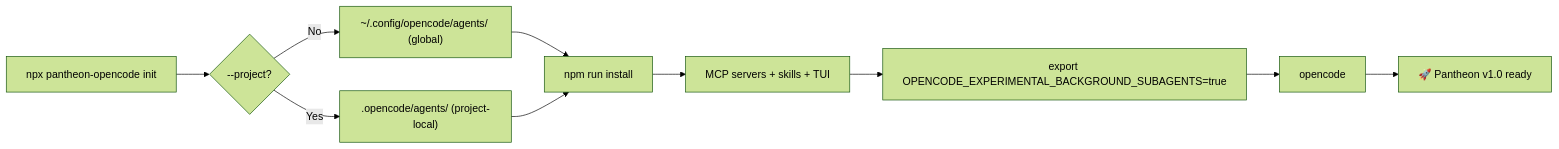
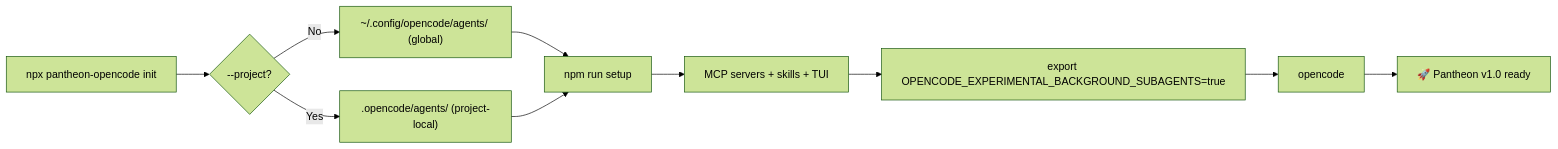
One commit to ils15/pantheon-opencode changed the first of 3 diagrams in docs/INSTALLATION.md. Above: the diagram before and after it, drawn with Mermaid (forest theme). The commit also changed other lines of this file and 8 other files, not shown here.

````diff
--- a/docs/INSTALLATION.md
+++ b/docs/INSTALLATION.md
@@ -164,12 +170,12 @@
 ```mermaid
 flowchart LR
     A["npx pantheon-opencode init"] --> B{"--project?"}
     B -->|No| C["~/.config/opencode/agents/ (global)"]
     B -->|Yes| D[".opencode/agents/ (project-local)"]
-    C --> E["npm run install"]
+    C --> E["npm run setup"]
     D --> E
     E --> F["MCP servers + skills + TUI"]
     F --> G["export OPENCODE_EXPERIMENTAL_BACKGROUND_SUBAGENTS=true"]
     G --> H["opencode"]
     H --> I["🚀 Pantheon v1.0 ready"]
 ```
````
